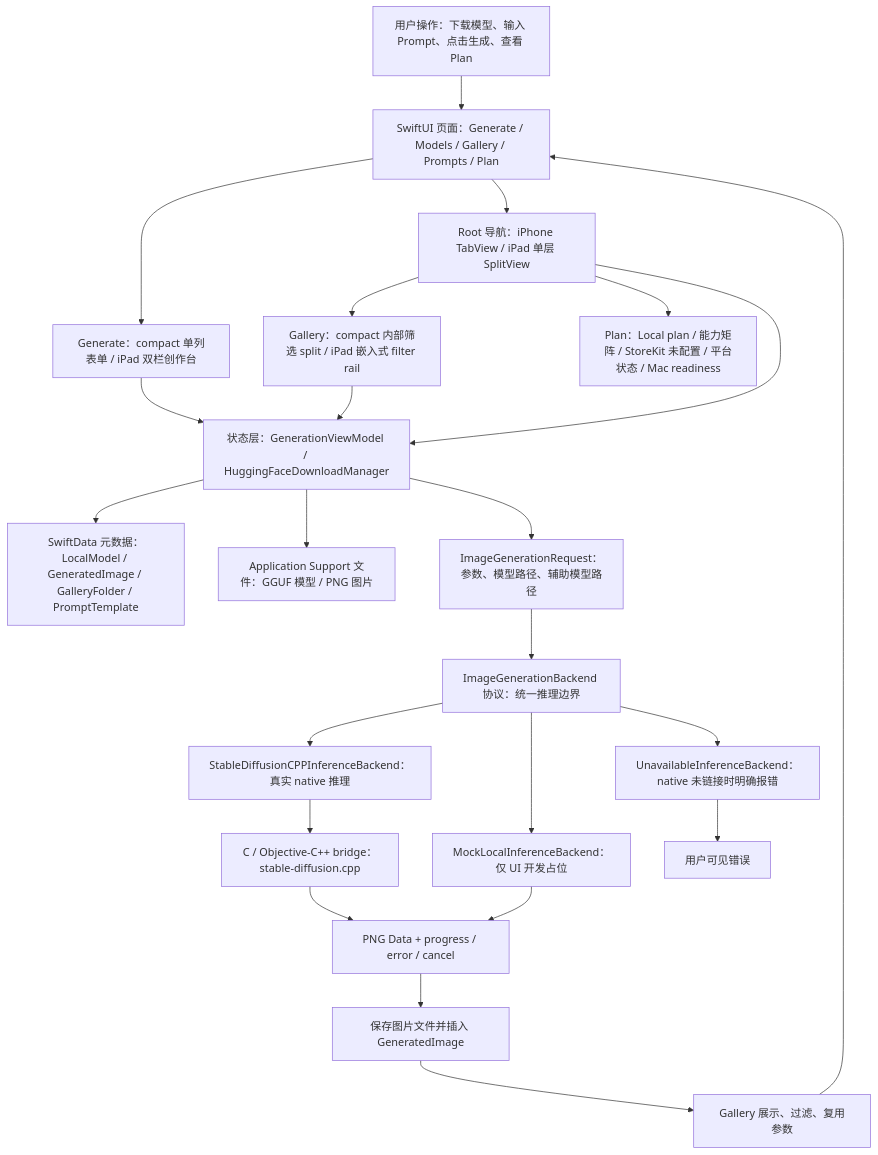
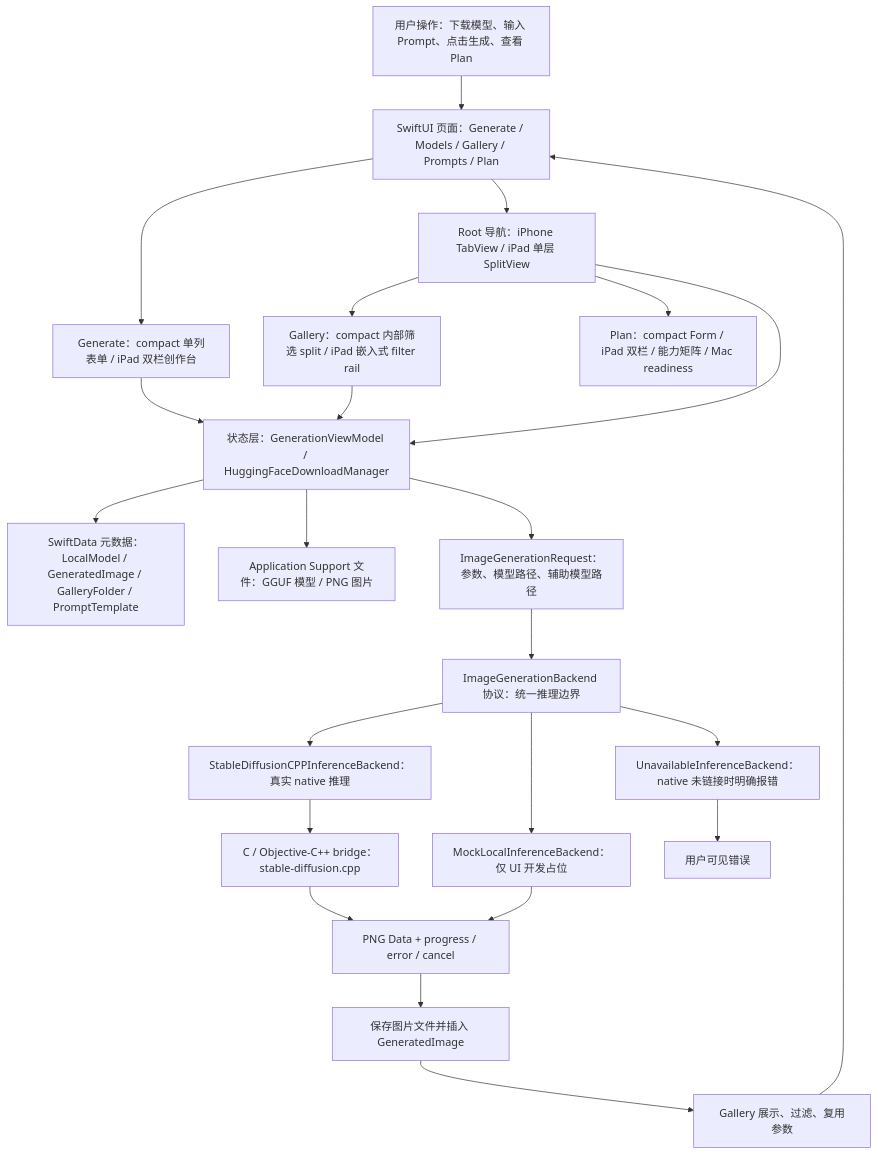
The first of 7 diagrams in md/flow/flowchart.md (Altman-sam114/118), drawn with Mermaid before and after one commit. The commit also changed 5 other files, not shown here.

````diff
--- a/md/flow/flowchart.md
+++ b/md/flow/flowchart.md
@@ -9,25 +9,25 @@
 ```mermaid
 flowchart TD
   U["用户操作：下载模型、输入 Prompt、点击生成、查看 Plan"] --> UI["SwiftUI 页面：Generate / Models / Gallery / Prompts / Plan"]
   UI --> GENUI["Generate：compact 单列表单 / iPad 双栏创作台"]
   UI --> NAV["Root 导航：iPhone TabView / iPad 单层 SplitView"]
   NAV --> GALUI["Gallery：compact 内部筛选 split / iPad 嵌入式 filter rail"]
-  NAV --> PLANUI["Plan：Local plan / 能力矩阵 / StoreKit 未配置 / 平台状态 / Mac readiness"]
+  NAV --> PLANUI["Plan：compact Form / iPad 双栏 / 能力矩阵 / Mac readiness"]
   NAV --> VM["状态层：GenerationViewModel / HuggingFaceDownloadManager"]
   GENUI --> VM
   GALUI --> VM
   VM --> SD["SwiftData 元数据：LocalModel / GeneratedImage / GalleryFolder / PromptTemplate"]
   VM --> FS["Application Support 文件：GGUF 模型 / PNG 图片"]
   VM --> REQ["ImageGenerationRequest：参数、模型路径、辅助模型路径"]
   REQ --> IFACE["ImageGenerationBackend 协议：统一推理边界"]
   IFACE --> NATIVE["StableDiffusionCPPInferenceBackend：真实 native 推理"]
   IFACE --> MOCK["MockLocalInferenceBackend：仅 UI 开发占位"]
   IFACE --> OFF["UnavailableInferenceBackend：native 未链接时明确报错"]
   NATIVE --> BRIDGE["C / Objective-C++ bridge：stable-diffusion.cpp"]
   BRIDGE --> PNG["PNG Data + progress / error / cancel"]
   MOCK --> PNG
   OFF --> ERR["用户可见错误"]
   PNG --> SAVE["保存图片文件并插入 GeneratedImage"]
   SAVE --> GALLERY["Gallery 展示、过滤、复用参数"]
   GALLERY --> UI
 ```
````
